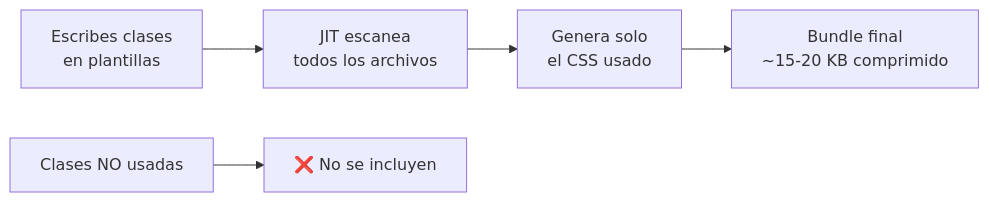
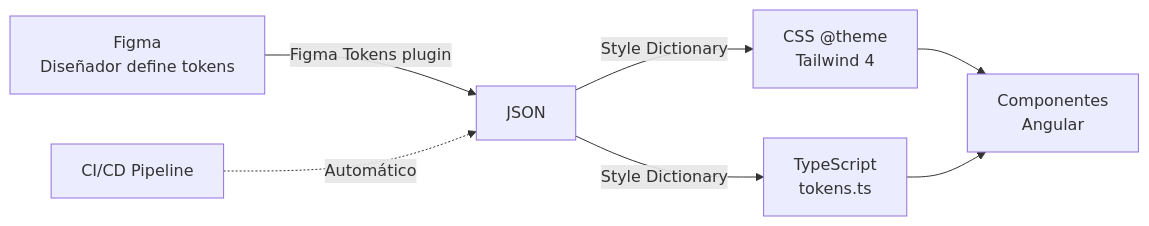
One commit to Jose-Quesada/presentacion-desarrollo-interfaces-26-27 changed the fifth of 6 diagrams in unidad-13.md. Above: the diagram before and after it, drawn with Mermaid. The commit also changed other lines of this file and 52 other files, not shown here.

````diff
--- a/unidad-13.md
+++ b/unidad-13.md
@@ -450,7 +319,10 @@
-<div class="mermaid">
+```mermaid
 graph LR
-    A[Escribes clases<br/>en plantillas] --> B[JIT escanea<br/>todos los archivos]
-    B --> C[Genera solo<br/>el CSS usado]
-    C --> D[Bundle final<br/>~15-20 KB comprimido]
-    E[Clases NO usadas] --> F[❌ No se incluyen]
-</div>
+    A[Figma<br/>Diseñador define tokens] -->|Figma Tokens plugin| B[JSON]
+    B -->|Style Dictionary| C[CSS @theme<br/>Tailwind 4]
+    B -->|Style Dictionary| D[TypeScript<br/>tokens.ts]
+    C --> E[Componentes<br/>Angular]
+    D --> E
+    
+    F[CI/CD Pipeline] -.->|Automático| B
+```
````
